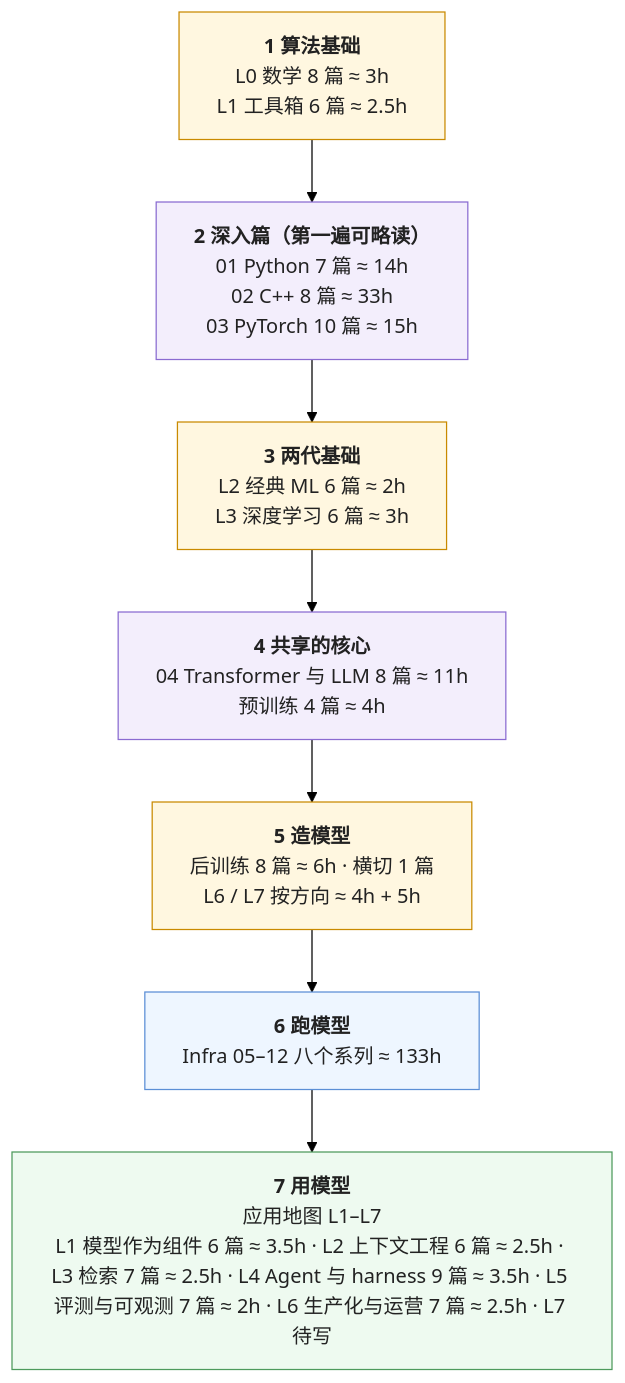
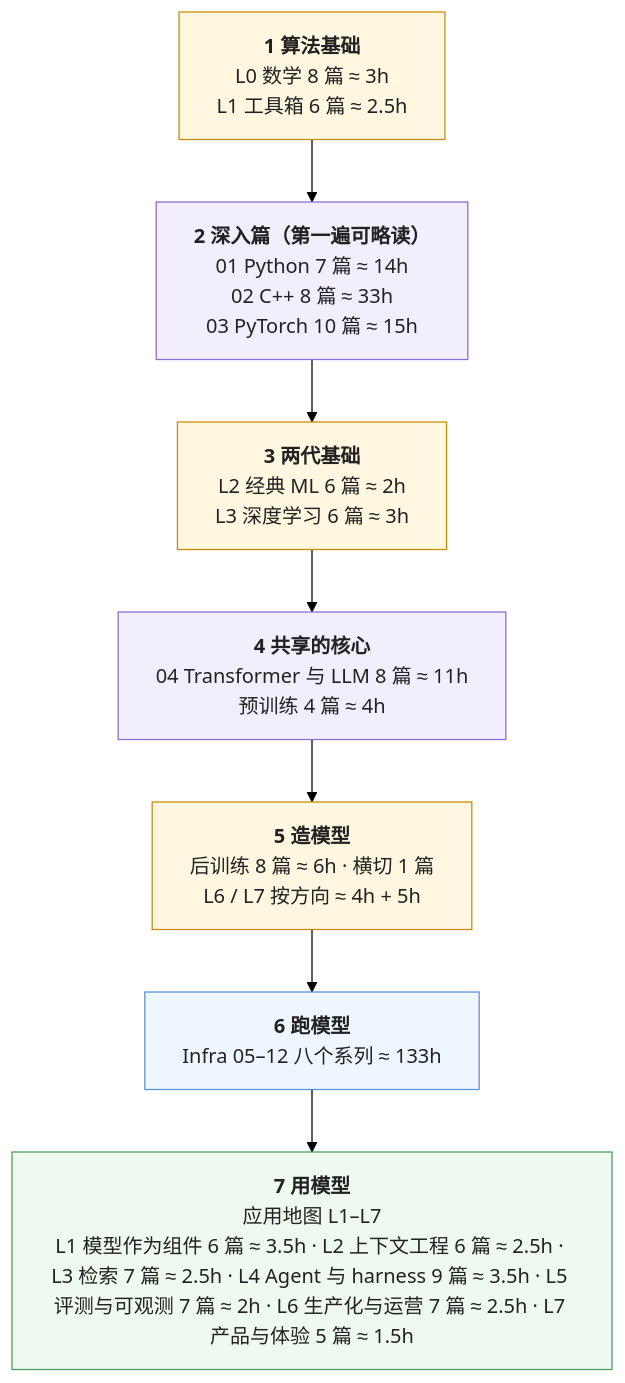
Before and after one commit to arganzheng/arganzheng.github.com: the second of 2 diagrams in _posts/2026-01-01-ai-fullstack-learning-roadmap.md, drawn with Mermaid (forest theme). The commit also changed other lines of this file and 5 other files, not shown here.

Commit message:
产品与体验 03–06；应用地图七层系列全部登记并加分层指针

````diff
--- a/_posts/2026-01-01-ai-fullstack-learning-roadmap.md
+++ b/_posts/2026-01-01-ai-fullstack-learning-roadmap.md
@@ -134,35 +134,35 @@
 ```mermaid
 %%{init: {"flowchart": {"wrappingWidth": 420}}}%%
 flowchart TB
     S1["`**1 算法基础**
 L0 数学 8 篇 ≈ 3h
 L1 工具箱 6 篇 ≈ 2.5h`"]
     S2["`**2 深入篇（第一遍可略读）**
 01 Python 7 篇 ≈ 14h
 02 C++ 8 篇 ≈ 33h
 03 PyTorch 10 篇 ≈ 15h`"]
     S3["`**3 两代基础**
 L2 经典 ML 6 篇 ≈ 2h
 L3 深度学习 6 篇 ≈ 3h`"]
     S4["`**4 共享的核心**
 04 Transformer 与 LLM 8 篇 ≈ 11h
 预训练 4 篇 ≈ 4h`"]
     S5["`**5 造模型**
 后训练 8 篇 ≈ 6h · 横切 1 篇
 L6 / L7 按方向 ≈ 4h + 5h`"]
     S6["`**6 跑模型**
 Infra 05–12 八个系列 ≈ 133h`"]
     S7["`**7 用模型**
 应用地图 L1–L7
-L1 模型作为组件 6 篇 ≈ 3.5h · L2 上下文工程 6 篇 ≈ 2.5h · L3 检索 7 篇 ≈ 2.5h · L4 Agent 与 harness 9 篇 ≈ 3.5h · L5 评测与可观测 7 篇 ≈ 2h · L6 生产化与运营 7 篇 ≈ 2.5h · L7 待写`"]
+L1 模型作为组件 6 篇 ≈ 3.5h · L2 上下文工程 6 篇 ≈ 2.5h · L3 检索 7 篇 ≈ 2.5h · L4 Agent 与 harness 9 篇 ≈ 3.5h · L5 评测与可观测 7 篇 ≈ 2h · L6 生产化与运营 7 篇 ≈ 2.5h · L7 产品与体验 5 篇 ≈ 1.5h`"]
     S1 --> S2 --> S3 --> S4 --> S5 --> S6 --> S7
 
     classDef algo fill:#fff7e0,stroke:#c98a00,stroke-width:1px,color:#222
     classDef infra fill:#eef6ff,stroke:#5b8fd6,stroke-width:1px,color:#222
     classDef app fill:#eefaf0,stroke:#4d9a5c,stroke-width:1px,color:#222
     classDef shared fill:#f3eefc,stroke:#8a6bd1,stroke-width:1px,color:#222
     class S1,S3,S5 algo
     class S2,S4 shared
     class S6 infra
     class S7 app
 ```
````
